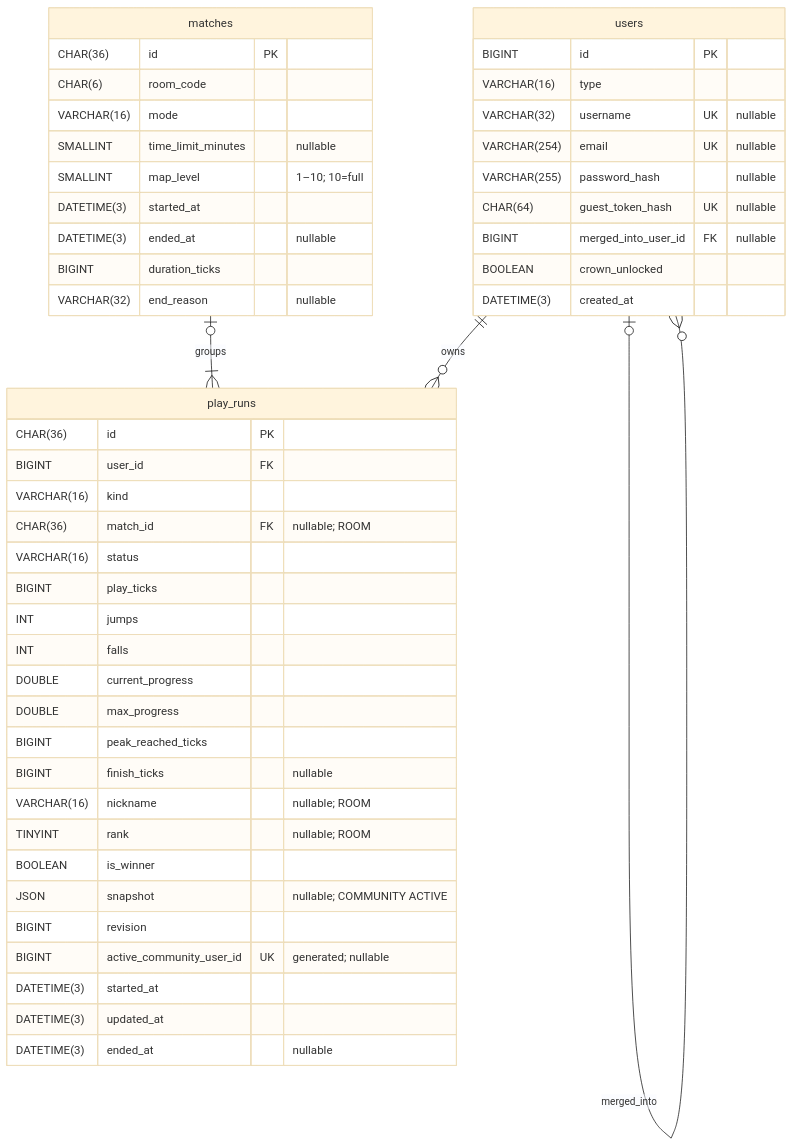
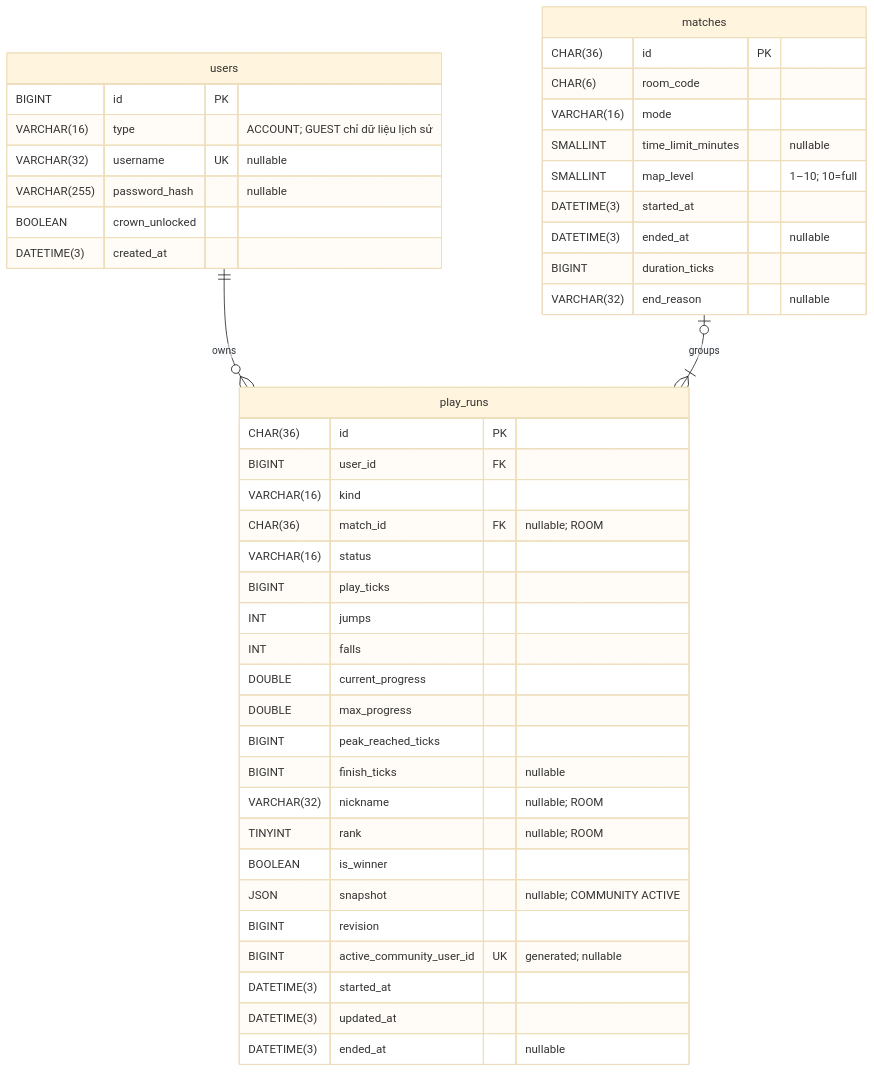
Before and after one commit to nvbangg/JumKing-Multiplayer: the diagram in docs/data.md, drawn with Mermaid (base theme). The commit also changed other lines of this file and 122 other files, not shown here.

````diff
--- a/docs/data.md
+++ b/docs/data.md
@@ -15,52 +15,48 @@
 ```mermaid
 erDiagram
     users ||--o{ play_runs : owns
     matches o|--|{ play_runs : groups
-    users o|--o{ users : merged_into
 
     users {
         BIGINT id PK
-        VARCHAR(16) type
+        VARCHAR(16) type "ACCOUNT; GUEST chỉ dữ liệu lịch sử"
         VARCHAR(32) username UK "nullable"
-        VARCHAR(254) email UK "nullable"
         VARCHAR(255) password_hash "nullable"
-        CHAR(64) guest_token_hash UK "nullable"
-        BIGINT merged_into_user_id FK "nullable"
         BOOLEAN crown_unlocked
         DATETIME(3) created_at
     }
     play_runs {
         CHAR(36) id PK
         BIGINT user_id FK
         VARCHAR(16) kind
         CHAR(36) match_id FK "nullable; ROOM"
         VARCHAR(16) status
         BIGINT play_ticks
         INT jumps
         INT falls
         DOUBLE current_progress
         DOUBLE max_progress
         BIGINT peak_reached_ticks
         BIGINT finish_ticks "nullable"
-        VARCHAR(16) nickname "nullable; ROOM"
+        VARCHAR(32) nickname "nullable; ROOM"
         TINYINT rank "nullable; ROOM"
         BOOLEAN is_winner
         JSON snapshot "nullable; COMMUNITY ACTIVE"
         BIGINT revision
         BIGINT active_community_user_id UK "generated; nullable"
         DATETIME(3) started_at
         DATETIME(3) updated_at
         DATETIME(3) ended_at "nullable"
     }
     matches {
         CHAR(36) id PK
         CHAR(6) room_code
         VARCHAR(16) mode
         SMALLINT time_limit_minutes "nullable"
         SMALLINT map_level "1–10; 10=full"
         DATETIME(3) started_at
         DATETIME(3) ended_at "nullable"
         BIGINT duration_ticks
         VARCHAR(32) end_reason "nullable"
     }
 ```
````
